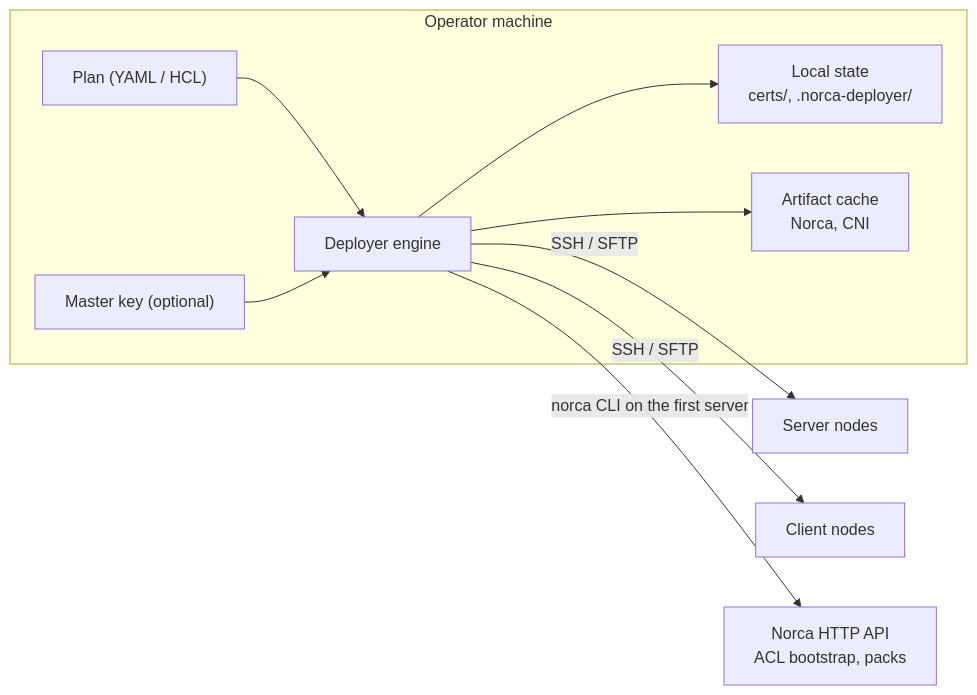
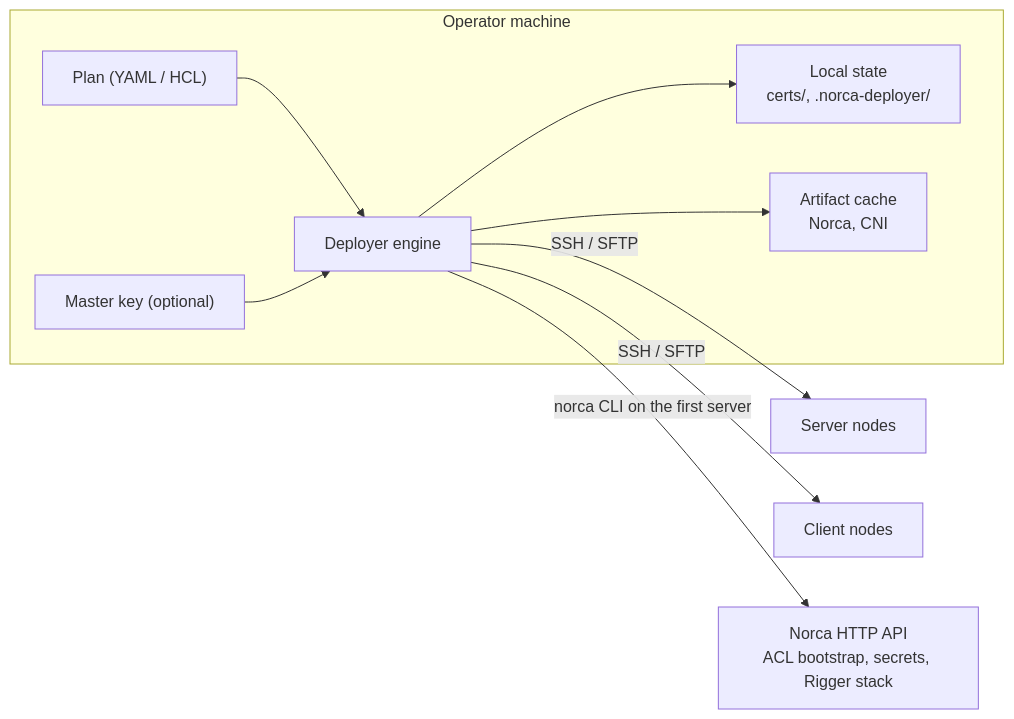
Before and after one commit to bacanoo-io/norca-deployer: the diagram in doc/README.md, drawn with Mermaid. The commit also changed other lines of this file and 32 other files, not shown here.

````diff
--- a/doc/README.md
+++ b/doc/README.md
@@ -30,12 +29,12 @@
 ```mermaid
 flowchart LR
     subgraph Operator machine
         Plan["Plan (YAML / HCL)"] --> Engine["Deployer engine"]
         Key["Master key (optional)"] --> Engine
         Engine --> State["Local state<br/>certs/, .norca-deployer/"]
         Engine --> Cache["Artifact cache<br/>Norca, CNI"]
     end
     Engine -- "SSH / SFTP" --> S1["Server nodes"]
     Engine -- "SSH / SFTP" --> C1["Client nodes"]
-    Engine -- "norca CLI on the first server" --> API["Norca HTTP API<br/>ACL bootstrap, packs"]
+    Engine -- "norca CLI on the first server" --> API["Norca HTTP API<br/>ACL bootstrap, secrets, Rigger stack"]
 ```
````
